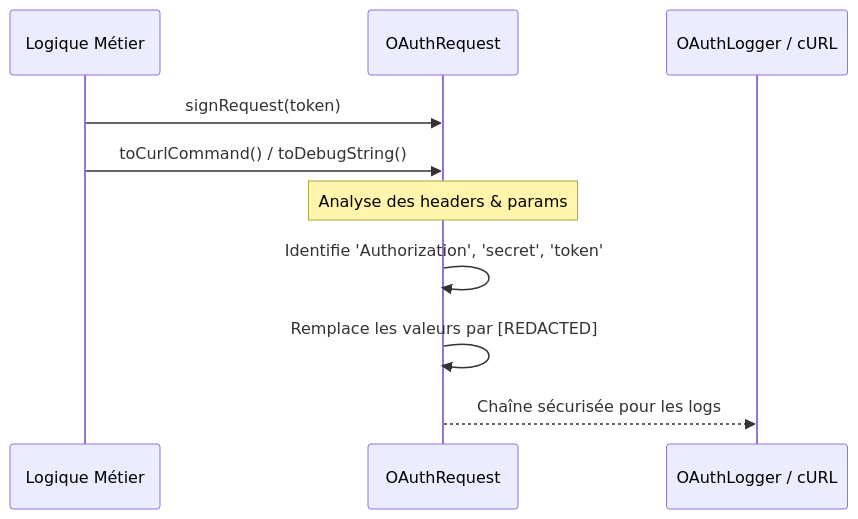
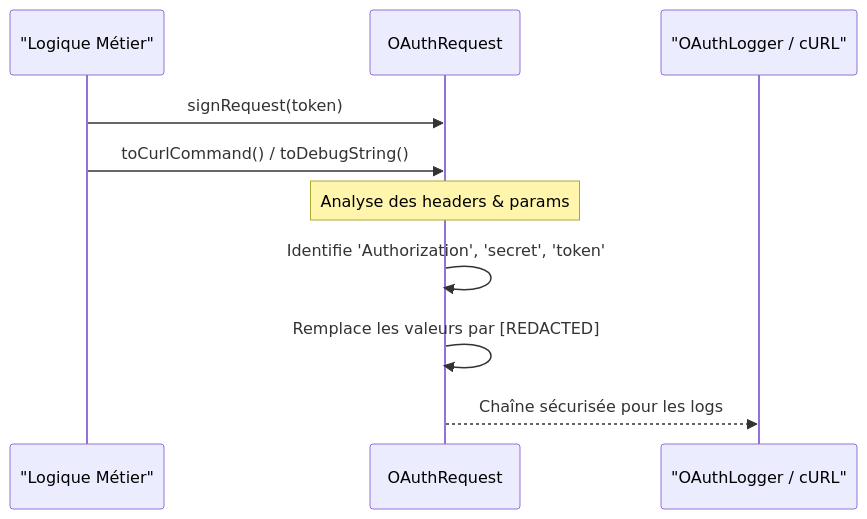
One commit to Q300Z/scribejava changed the seventh of 21 diagrams in docs/explanations/oauth2-flows.md. Above: the diagram before and after it, drawn with Mermaid. The commit also changed other lines of this file, not shown here.

Commit message:
docs(oidc): fix mermaid syntax and align architectural flows with codebase

````diff
--- a/docs/explanations/oauth2-flows.md
+++ b/docs/explanations/oauth2-flows.md
@@ -317,15 +317,15 @@
 ```mermaid
 
 sequenceDiagram
-    participant App as Logique Métier
+    participant App as "Logique Métier"
     participant Req as OAuthRequest
-    participant Log as OAuthLogger / cURL
+    participant Log as "OAuthLogger / cURL"
 
     App->>Req: signRequest(token)
     App->>Req: toCurlCommand() / toDebugString()
     Note over Req: Analyse des headers & params
     Req->>Req: Identifie 'Authorization', 'secret', 'token'
     Req->>Req: Remplace les valeurs par [REDACTED]
     Req-->>Log: Chaîne sécurisée pour les logs
 
 ```
````
